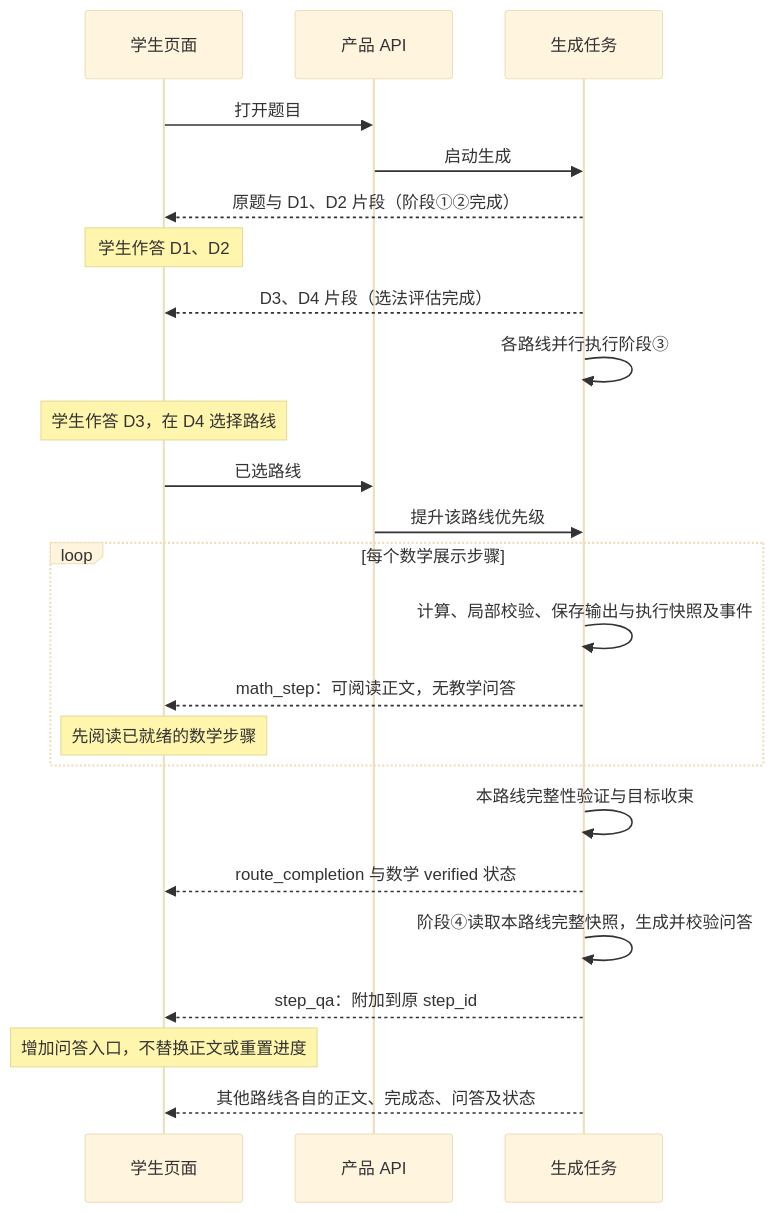
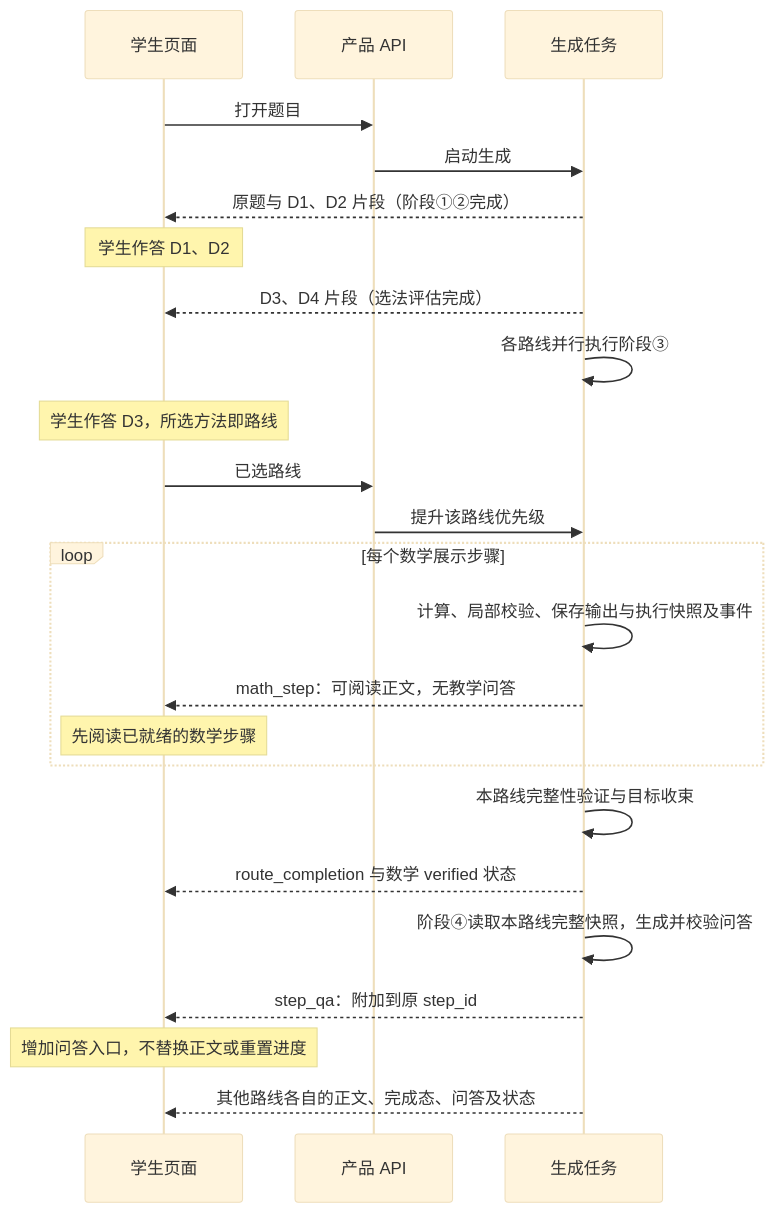
Before and after one commit to Intorain/shuxueshuo: the second of 2 diagrams in docs/graph-guided-interactive-lesson-design.md, drawn with Mermaid (base theme). The commit also changed other lines of this file and 58 other files, not shown here.

````diff
--- a/docs/graph-guided-interactive-lesson-design.md
+++ b/docs/graph-guided-interactive-lesson-design.md
@@ -376,26 +376,26 @@
 ```mermaid
 sequenceDiagram
     participant S as 学生页面
     participant A as 产品 API
     participant W as 生成任务
     S->>A: 打开题目
     A->>W: 启动生成
     W-->>S: 原题与 D1、D2 片段（阶段①②完成）
     Note over S: 学生作答 D1、D2
     W-->>S: D3、D4 片段（选法评估完成）
     W->>W: 各路线并行执行阶段③
-    Note over S: 学生作答 D3，在 D4 选择路线
+    Note over S: 学生作答 D3，所选方法即路线
     S->>A: 已选路线
     A->>W: 提升该路线优先级
     loop 每个数学展示步骤
         W->>W: 计算、局部校验、保存输出与执行快照及事件
         W-->>S: math_step：可阅读正文，无教学问答
         Note over S: 先阅读已就绪的数学步骤
     end
     W->>W: 本路线完整性验证与目标收束
     W-->>S: route_completion 与数学 verified 状态
     W->>W: 阶段④读取本路线完整快照，生成并校验问答
     W-->>S: step_qa：附加到原 step_id
     Note over S: 增加问答入口，不替换正文或重置进度
     W-->>S: 其他路线各自的正文、完成态、问答及状态
 ```
````
